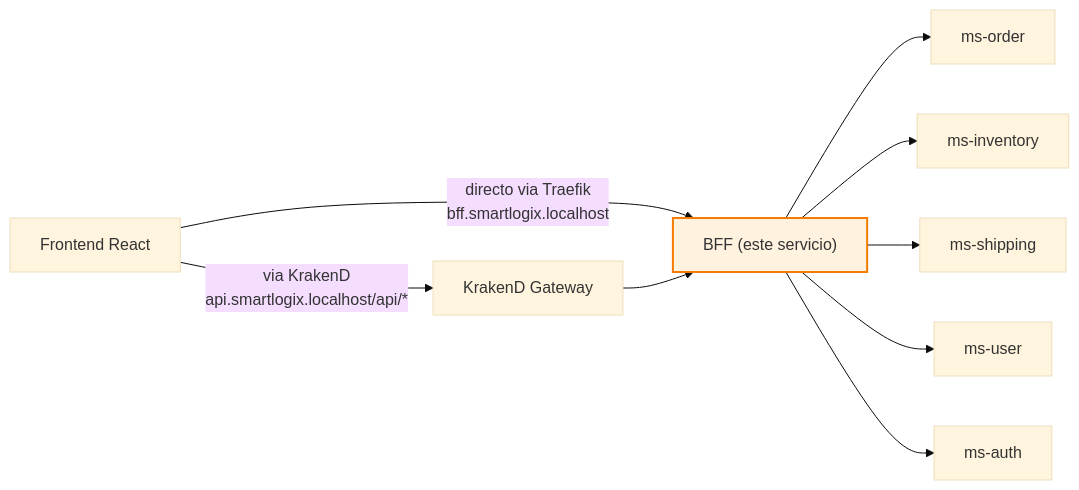
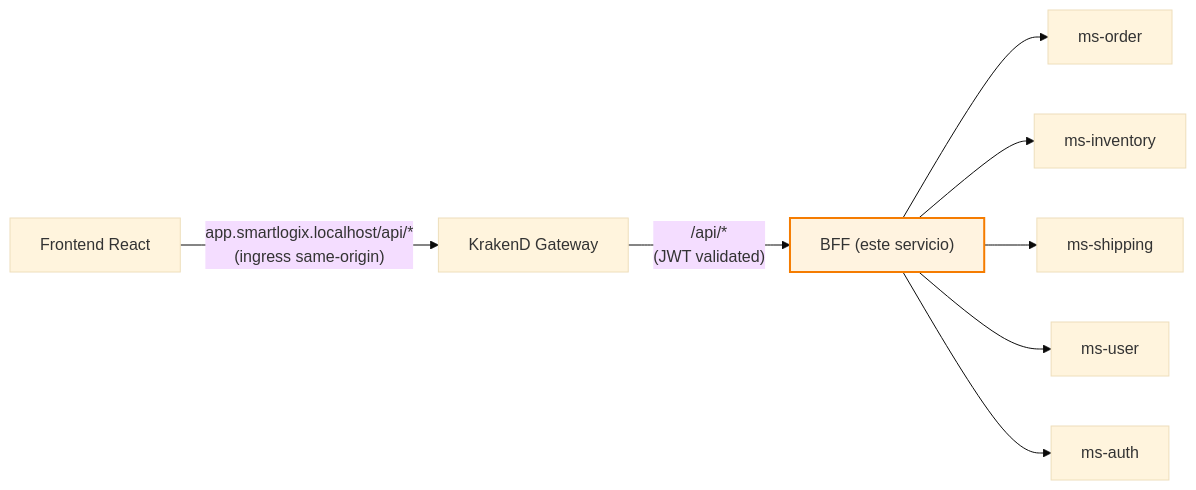
The first of 3 diagrams in backend/bff/README.md (smartLogixfs/smartlogixs), drawn with Mermaid (base theme) before and after one commit. The commit also changed other lines of this file and 8 other files, not shown here.

````diff
--- a/backend/bff/README.md
+++ b/backend/bff/README.md
@@ -39,23 +54,18 @@
 ```mermaid
 flowchart LR
     FE[Frontend React]
     KR[KrakenD Gateway]
     BFF["BFF (este servicio)"]
     O[ms-order]
     I[ms-inventory]
     S[ms-shipping]
     U[ms-user]
     A[ms-auth]
 
-    FE -->|directo via Traefik<br/>bff.smartlogix.localhost| BFF
-    FE -->|via KrakenD<br/>api.smartlogix.localhost/api/*| KR
-    KR --> BFF
-    BFF --> O
-    BFF --> I
-    BFF --> S
-    BFF --> U
-    BFF --> A
+    FE -->|"app.smartlogix.localhost/api/*<br/>(ingress same-origin)"| KR
+    KR -->|"/api/*<br/>(JWT validated)"| BFF
+    BFF --> O & I & S & U & A
 
     classDef bff fill:#fff3e0,stroke:#f57c00,stroke-width:2px
     class BFF bff
 ```
````
